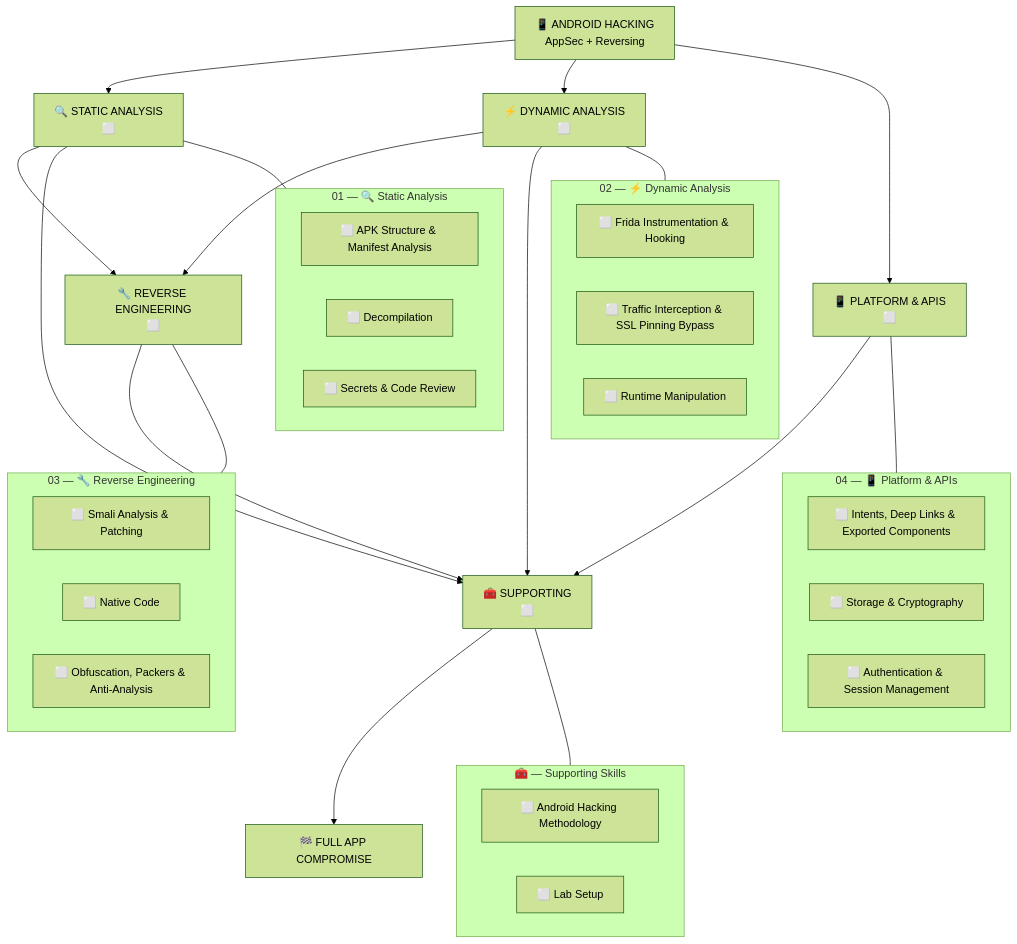
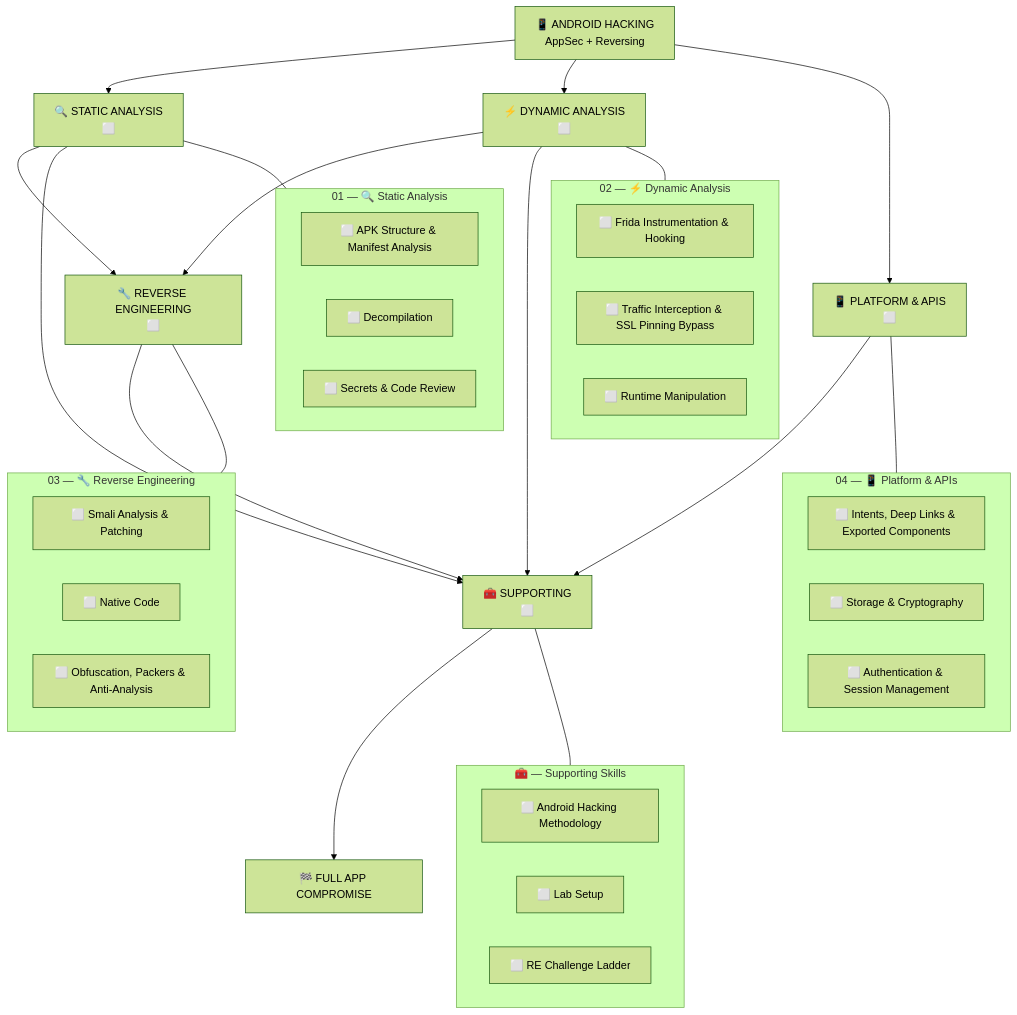
Before and after one commit to romeo-mhakayakora/Android-Hacking: the diagram in README.md, drawn with Mermaid (forest theme). The commit also changed other lines of this file and 2 other files, not shown here.

Commit message:
Add RE Challenge Ladder (6-phase Android roadmap) to supporting

````diff
--- a/README.md
+++ b/README.md
@@ -15,60 +15,62 @@
 ```mermaid
 flowchart TB
     AND["📱 ANDROID HACKING<br/>AppSec + Reversing"]
     D1["🔍 STATIC ANALYSIS<br/>⬜"]
     D2["⚡ DYNAMIC ANALYSIS<br/>⬜"]
     D3["🔧 REVERSE ENGINEERING<br/>⬜"]
     D4["📱 PLATFORM & APIS<br/>⬜"]
     SUP["🧰 SUPPORTING<br/>⬜"]
     PWN["🏁 FULL APP COMPROMISE"]
 
     AND --> D1 & D2 & D4
     D1 & D2 --> D3
     D1 & D2 & D3 & D4 --> SUP --> PWN
 
     subgraph 01_STATIC_ANALYSIS ["01 — 🔍 Static Analysis"]
         APK["⬜ APK Structure & Manifest Analysis"]
         DEC["⬜ Decompilation"]
         SEC["⬜ Secrets & Code Review"]
     end
     subgraph 02_DYNAMIC_ANALYSIS ["02 — ⚡ Dynamic Analysis"]
         FRI["⬜ Frida Instrumentation & Hooking"]
         NET["⬜ Traffic Interception & SSL Pinning Bypass"]
         RTM["⬜ Runtime Manipulation"]
     end
     subgraph 03_REVERSE_ENGINEERING ["03 — 🔧 Reverse Engineering"]
         SMA["⬜ Smali Analysis & Patching"]
         ARM["⬜ Native Code"]
         OBF["⬜ Obfuscation, Packers & Anti-Analysis"]
     end
     subgraph 04_PLATFORM_APIS ["04 — 📱 Platform & APIs"]
         INT["⬜ Intents, Deep Links & Exported Components"]
         STO["⬜ Storage & Cryptography"]
         AUT["⬜ Authentication & Session Management"]
     end
     subgraph SUPPORTING ["🧰 — Supporting Skills"]
         MET["⬜ Android Hacking Methodology"]
         LAB["⬜ Lab Setup"]
+        REL["⬜ RE Challenge Ladder"]
     end
 
     D1 --- 01_STATIC_ANALYSIS
     D2 --- 02_DYNAMIC_ANALYSIS
     D3 --- 03_REVERSE_ENGINEERING
     D4 --- 04_PLATFORM_APIS
     SUP --- SUPPORTING
 
     click APK href "./01-static-analysis/apk-structure-manifest.md"
     click DEC href "./01-static-analysis/decompilation.md"
     click SEC href "./01-static-analysis/secrets-code-review.md"
     click FRI href "./02-dynamic-analysis/frida-instrumentation.md"
     click NET href "./02-dynamic-analysis/traffic-interception.md"
     click RTM href "./02-dynamic-analysis/runtime-manipulation.md"
     click SMA href "./03-reverse-engineering/smali-analysis.md"
     click ARM href "./03-reverse-engineering/native-arm.md"
     click OBF href "./03-reverse-engineering/obfuscation-packers.md"
     click INT href "./04-platform-apis/intents-deeplinks.md"
     click STO href "./04-platform-apis/storage-crypto.md"
     click AUT href "./04-platform-apis/auth-session.md"
     click MET href "./supporting/methodology.md"
     click LAB href "./supporting/lab-setup.md"
+    click REL href "./supporting/re-challenge-ladder.md"
 ```
````
